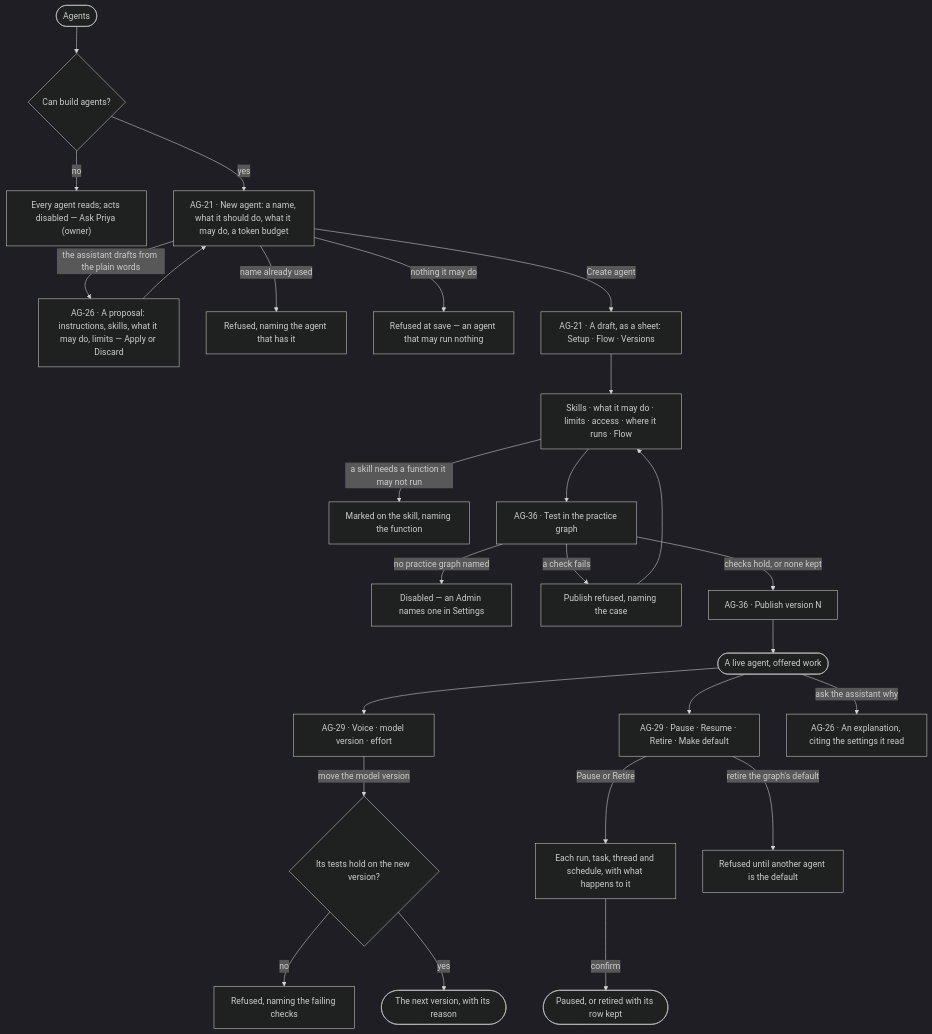
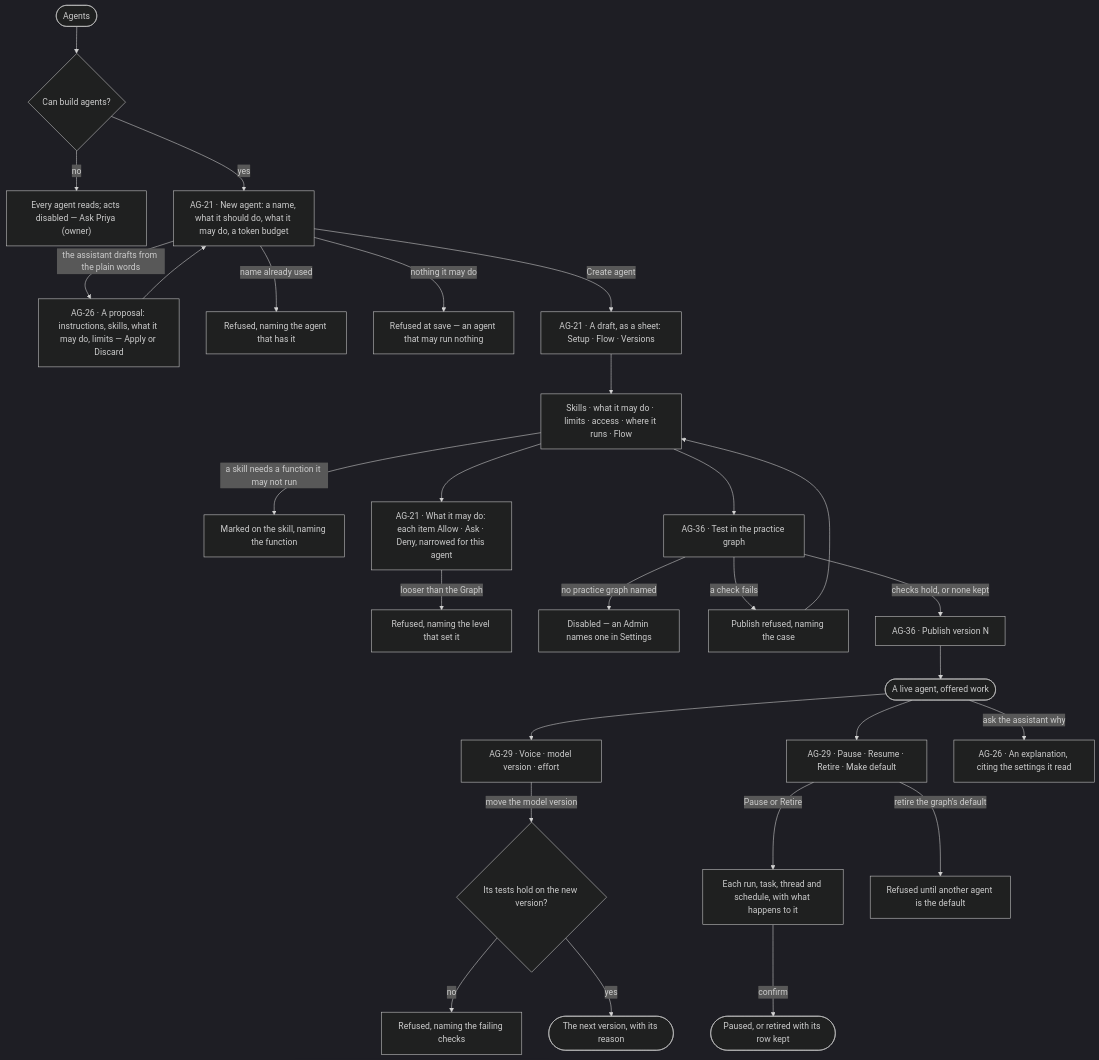
One commit to invana/invana changed the first of 2 diagrams in specs/products/agents/features/AG-F01-build-an-agent/feature.md. Above: the diagram before and after it, drawn with Mermaid (dark theme). The commit also changed other lines of this file and 425 other files, not shown here.

````diff
--- a/specs/products/agents/features/AG-F01-build-an-agent/feature.md
+++ b/specs/products/agents/features/AG-F01-build-an-agent/feature.md
@@ -24,27 +24,29 @@
 ```mermaid
 flowchart TD
   start([Agents]) --> may{Can build agents?}
   may -->|no| ro["Every agent reads; acts disabled — Ask Priya (owner)"]
   may -->|yes| new["AG-21 · New agent: a name, what it should do, what it may do, a token budget"]
   new -->|the assistant drafts from the plain words| as["AG-26 · A proposal: instructions, skills, what it may do, limits — Apply or Discard"]
   as --> new
   new -->|name already used| nx["Refused, naming the agent that has it"]
   new -->|nothing it may do| nx2["Refused at save — an agent that may run nothing"]
   new -->|Create agent| draft["AG-21 · A draft, as a sheet: Setup · Flow · Versions"]
   draft --> setup["Skills · what it may do · limits · access · where it runs · Flow"]
   setup -->|a skill needs a function it may not run| mark["Marked on the skill, naming the function"]
+  setup --> modes["AG-21 · What it may do: each item Allow · Ask · Deny, narrowed for this agent"]
+  modes -->|looser than the Graph| mx["Refused, naming the level that set it"]
   setup --> test["AG-36 · Test in the practice graph"]
   test -->|no practice graph named| tx["Disabled — an Admin names one in Settings"]
   test -->|a check fails| tf["Publish refused, naming the case"] --> setup
   test -->|checks hold, or none kept| pub["AG-36 · Publish version N"]
   pub --> live([A live agent, offered work])
   live --> tune["AG-29 · Voice · model version · effort"]
   tune -->|move the model version| ev{Its tests hold on the new version?}
   ev -->|no| evx["Refused, naming the failing checks"]
   ev -->|yes| v2(["The next version, with its reason"])
   live --> life["AG-29 · Pause · Resume · Retire · Make default"]
   life -->|Pause or Retire| prev["Each run, task, thread and schedule, with what happens to it"]
   prev -->|confirm| done([Paused, or retired with its row kept])
   life -->|retire the graph's default| dx["Refused until another agent is the default"]
   live -->|ask the assistant why| as2["AG-26 · An explanation, citing the settings it read"]
 ```
````
